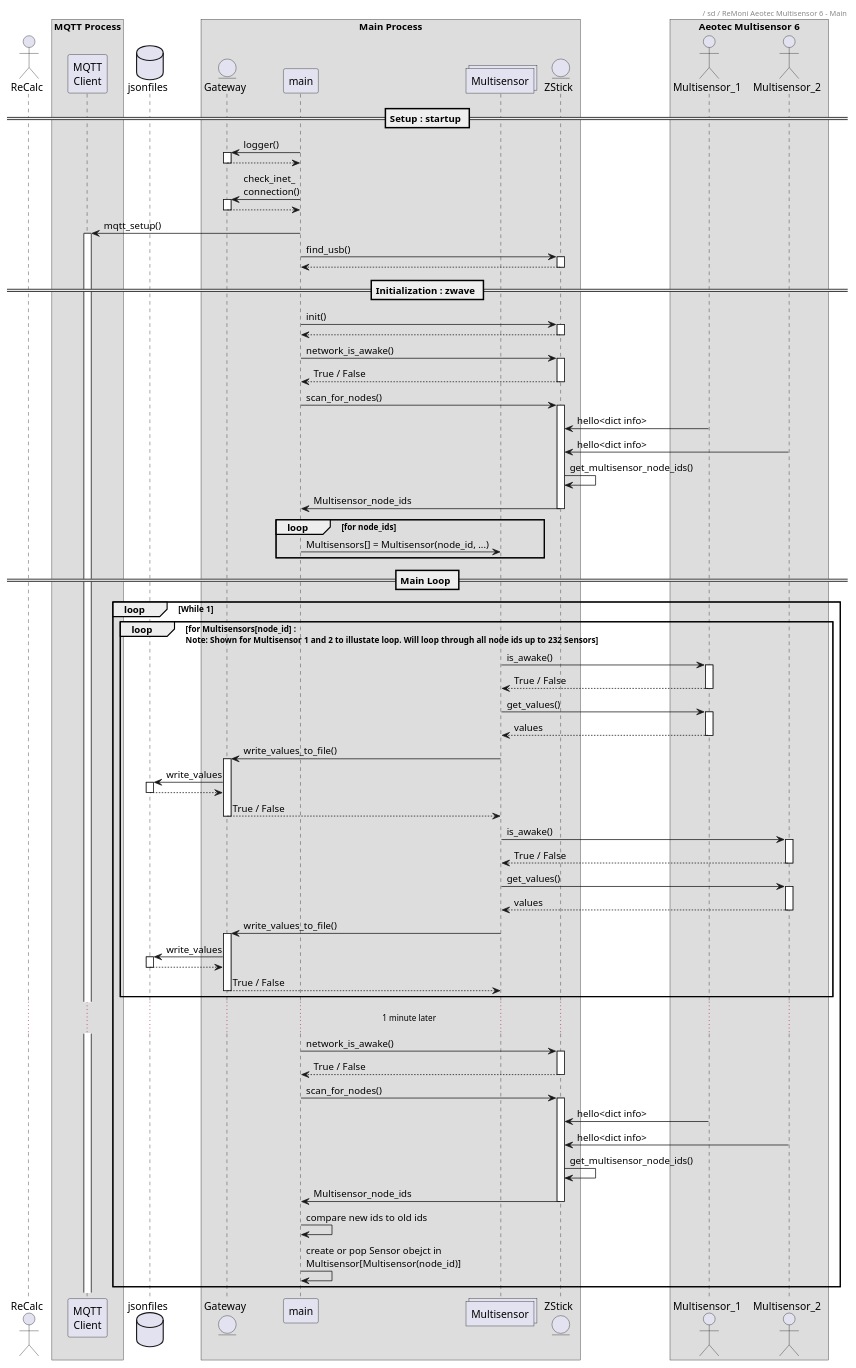
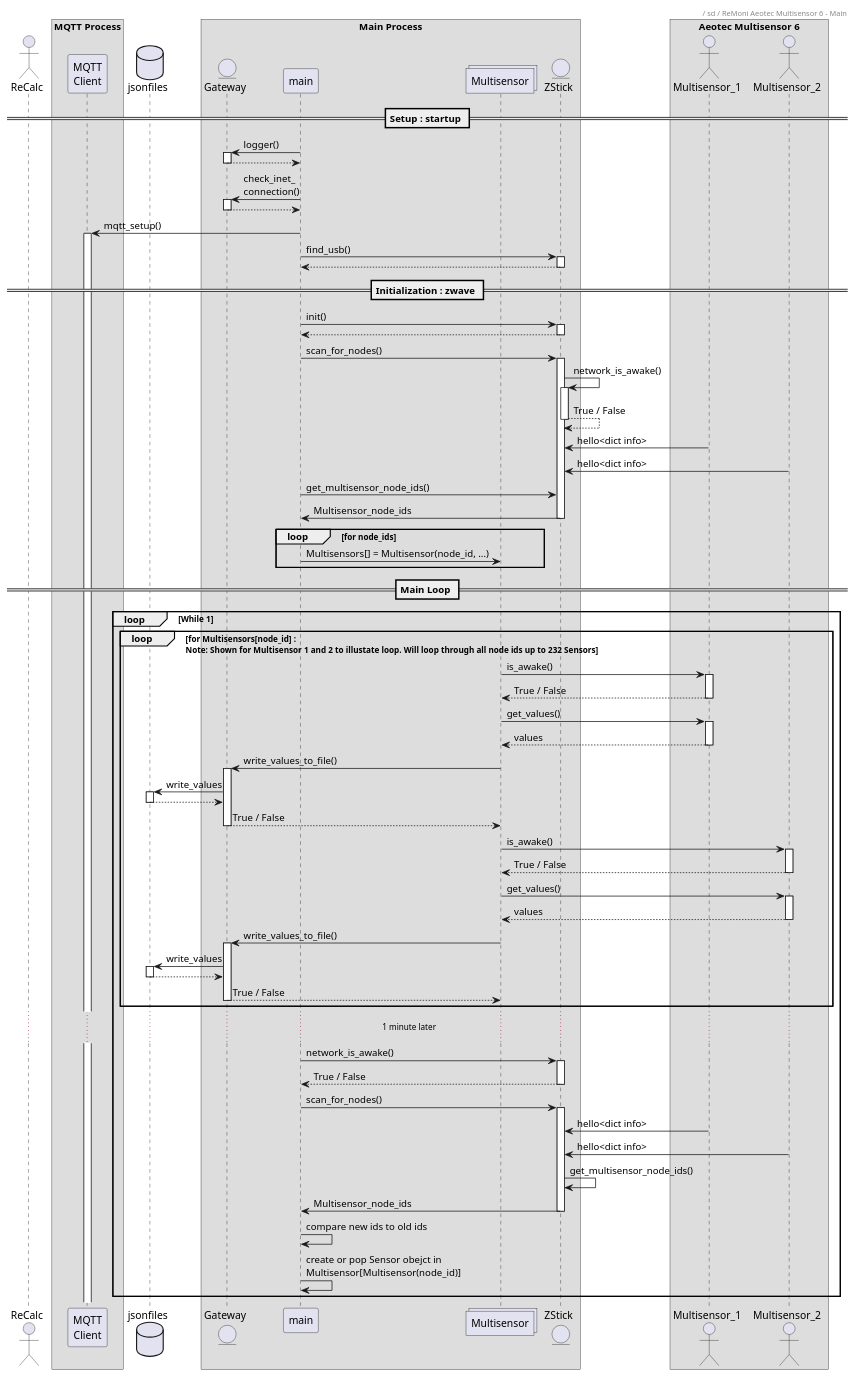
Before and after one commit to AU-PRO5-Rem/ReMoniProject: the diagram in doc/sd_main_process.iuml, drawn with PlantUML.

Commit message:
Update UML sd main process after impl

```diff
--- a/doc/sd_main_process.iuml
+++ b/doc/sd_main_process.iuml
@@ -1,100 +1,101 @@
 @startuml sd Main Process
 header / sd / ReMoni Aeotec Multisensor 6 - Main
 
 actor ReCalc
 
 box "MQTT Process"
 participant "MQTT\nClient" as mqtt
 end box
 
 database jsonfiles
 
 box "Main Process"
 entity Gateway
 participant main
 collections Multisensor
 entity ZStick
 end box
 
 box "Aeotec Multisensor 6"
 actor Multisensor_1
 actor Multisensor_2
 end box
 
 == Setup : startup ==
 
 autoactivate on
 
 main -> Gateway : logger() 
 return
 
 main -> Gateway : check_inet_\nconnection()
 return
 
 main -> mqtt : mqtt_setup()
 
 main -> ZStick : find_usb()
 return
 
 == Initialization : zwave ==
 main -> ZStick : init()
 return 
-main -> ZStick : network_is_awake()
+
+main -> ZStick : scan_for_nodes()
+ZStick -> ZStick : network_is_awake()
 return True / False
-main -> ZStick : scan_for_nodes()
 autoactivate off
 Multisensor_1 -> ZStick : hello<dict info>
 Multisensor_2 -> ZStick : hello<dict info>
-ZStick -> ZStick : get_multisensor_node_ids()
+main -> ZStick : get_multisensor_node_ids()
 ZStick -> main : Multisensor_node_ids
 deactivate
 
 loop for node_ids
     main -> Multisensor : Multisensors[] = Multisensor(node_id, ...)
 end
 == Main Loop ==
 loop While 1
 loop for Multisensors[node_id] :\nNote: Shown for Multisensor 1 and 2 to illustate loop. Will loop through all node ids up to 232 Sensors
     autoactivate on
 
     Multisensor -> Multisensor_1 : is_awake()
     return True / False
 
     Multisensor -> Multisensor_1 : get_values()
     return values
 
     Multisensor -> Gateway : write_values_to_file()
     Gateway -> jsonfiles : write_values
     return
     return True / False
     Multisensor -> Multisensor_2 : is_awake()
     return True / False
 
     Multisensor -> Multisensor_2 : get_values()
     return values
 
     Multisensor -> Gateway : write_values_to_file()
     Gateway -> jsonfiles : write_values
     return
     return True / False
 end
 autoactivate off
 
 ...1 minute later...
 
 autoactivate on
 main -> ZStick : network_is_awake()
 return True / False
 main -> ZStick : scan_for_nodes()
 autoactivate off
 
 Multisensor_1 -> ZStick : hello<dict info>
 Multisensor_2 -> ZStick : hello<dict info>
 ZStick -> ZStick : get_multisensor_node_ids()
 ZStick -> main : Multisensor_node_ids
 deactivate ZStick
 main -> main : compare new ids to old ids
 main -> main : create or pop Sensor obejct in\nMultisensor[Multisensor(node_id)]
 end
 
 @enduml
```
